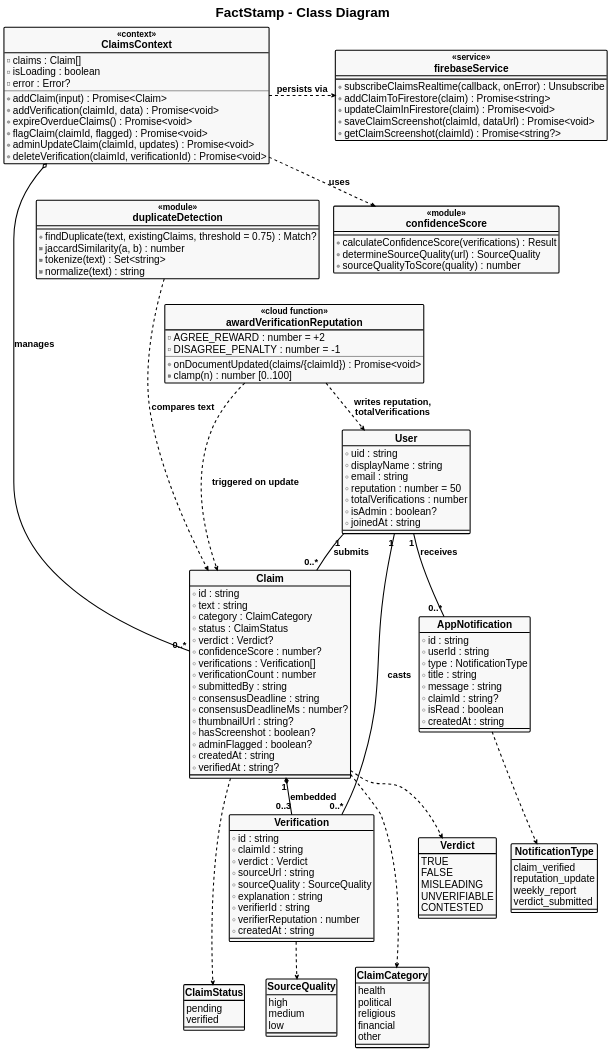
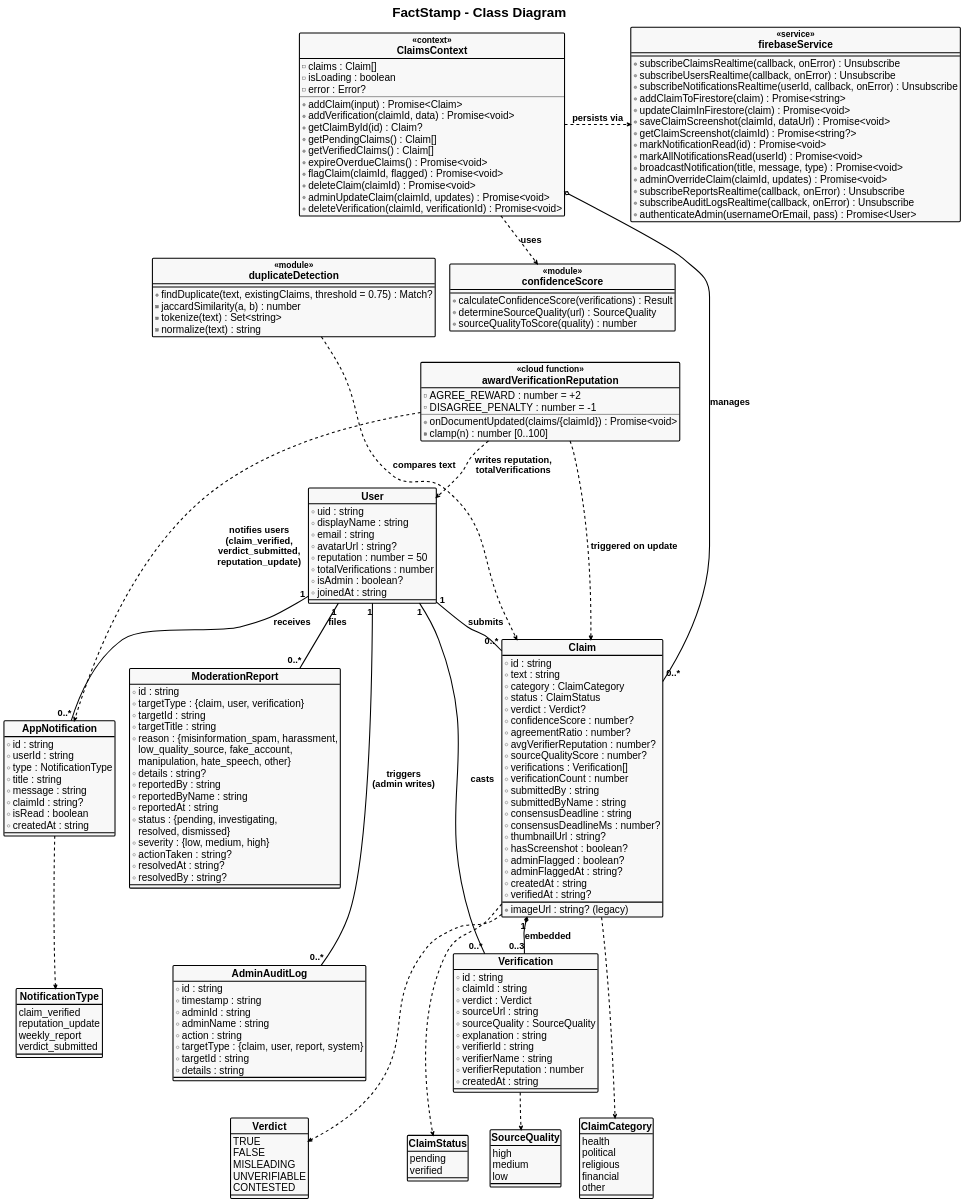
Before and after one commit to aadish0day/typst: the diagram in FactStamp/main_blackbook/03_Requirements_and_Analysis/attachments/class_diagram.puml, drawn with PlantUML. The commit also changed 59 other files, not shown here.

```diff
--- a/FactStamp/main_blackbook/03_Requirements_and_Analysis/attachments/class_diagram.puml
+++ b/FactStamp/main_blackbook/03_Requirements_and_Analysis/attachments/class_diagram.puml
@@ -40,18 +40,31 @@
   --
   + addClaim(input) : Promise<Claim>
   + addVerification(claimId, data) : Promise<void>
+  + getClaimById(id) : Claim?
+  + getPendingClaims() : Claim[]
+  + getVerifiedClaims() : Claim[]
   + expireOverdueClaims() : Promise<void>
   + flagClaim(claimId, flagged) : Promise<void>
+  + deleteClaim(claimId) : Promise<void>
   + adminUpdateClaim(claimId, updates) : Promise<void>
   + deleteVerification(claimId, verificationId) : Promise<void>
 }
 
 class firebaseService <<service>> {
   + subscribeClaimsRealtime(callback, onError) : Unsubscribe
+  + subscribeUsersRealtime(callback, onError) : Unsubscribe
+  + subscribeNotificationsRealtime(userId, callback, onError) : Unsubscribe
   + addClaimToFirestore(claim) : Promise<string>
   + updateClaimInFirestore(claim) : Promise<void>
   + saveClaimScreenshot(claimId, dataUrl) : Promise<void>
   + getClaimScreenshot(claimId) : Promise<string?>
+  + markNotificationRead(id) : Promise<void>
+  + markAllNotificationsRead(userId) : Promise<void>
+  + broadcastNotification(title, message, type) : Promise<void>
+  + adminOverrideClaim(claimId, updates) : Promise<void>
+  + subscribeReportsRealtime(callback, onError) : Unsubscribe
+  + subscribeAuditLogsRealtime(callback, onError) : Unsubscribe
+  + authenticateAdmin(usernameOrEmail, pass) : Promise<User>
 }
 
 class awardVerificationReputation <<cloud function>> {
@@ -79,6 +92,7 @@
   + uid : string
   + displayName : string
   + email : string
+  + avatarUrl : string?
   + reputation : number = 50
   + totalVerifications : number
   + isAdmin : boolean?
@@ -92,14 +106,20 @@
   + status : ClaimStatus
   + verdict : Verdict?
   + confidenceScore : number?
+  + agreementRatio : number?
+  + avgVerifierReputation : number?
+  + sourceQualityScore : number?
   + verifications : Verification[]
   + verificationCount : number
   + submittedBy : string
+  + submittedByName : string
   + consensusDeadline : string
   + consensusDeadlineMs : number?
+  + imageUrl : string? (legacy)
   + thumbnailUrl : string?
   + hasScreenshot : boolean?
   + adminFlagged : boolean?
+  + adminFlaggedAt : string?
   + createdAt : string
   + verifiedAt : string?
 }
@@ -112,6 +132,7 @@
   + sourceQuality : SourceQuality
   + explanation : string
   + verifierId : string
+  + verifierName : string
   + verifierReputation : number
   + createdAt : string
 }
@@ -125,6 +146,37 @@
   + claimId : string?
   + isRead : boolean
   + createdAt : string
+}
+
+class ModerationReport {
+  + id : string
+  + targetType : {claim, user, verification}
+  + targetId : string
+  + targetTitle : string
+  + reason : {misinformation_spam, harassment,
+    low_quality_source, fake_account,
+    manipulation, hate_speech, other}
+  + details : string?
+  + reportedBy : string
+  + reportedByName : string
+  + reportedAt : string
+  + status : {pending, investigating,
+    resolved, dismissed}
+  + severity : {low, medium, high}
+  + actionTaken : string?
+  + resolvedAt : string?
+  + resolvedBy : string?
+}
+
+class AdminAuditLog {
+  + id : string
+  + timestamp : string
+  + adminId : string
+  + adminName : string
+  + action : string
+  + targetType : {claim, user, report, system}
+  + targetId : string
+  + details : string
 }
 
 enum Verdict {
@@ -168,10 +220,13 @@
 duplicateDetection ..> Claim : compares text
 awardVerificationReputation ..> Claim : triggered on update
 awardVerificationReputation ..> User : writes reputation,\ntotalVerifications
+awardVerificationReputation ..> AppNotification : notifies users\n(claim_verified,\nverdict_submitted,\nreputation_update)
 
 User "1" -- "0..*" Claim : submits
 User "1" -- "0..*" Verification : casts
 User "1" -- "0..*" AppNotification : receives
+User "1" -- "0..*" ModerationReport : files
+User "1" -- "0..*" AdminAuditLog : triggers\n(admin writes)
 Claim "1" *-- "0..3" Verification : embedded
 
 Claim ..> ClaimStatus
@@ -195,4 +250,7 @@
 Verification -[hidden]down- SourceQuality
 Verification -[hidden]down- ClaimStatus
 Verification -[hidden]down- ClaimCategory
+AppNotification -[hidden]right- ModerationReport
+ModerationReport -[hidden]down- AdminAuditLog
+AdminAuditLog -[hidden]down- Verdict
 @enduml
```
